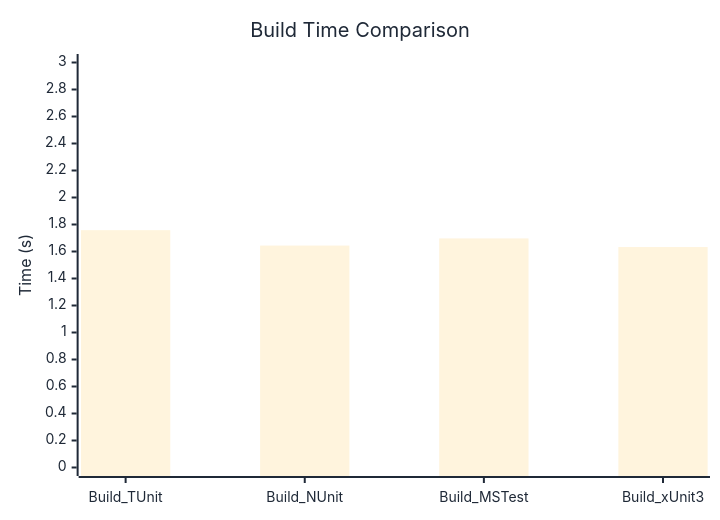
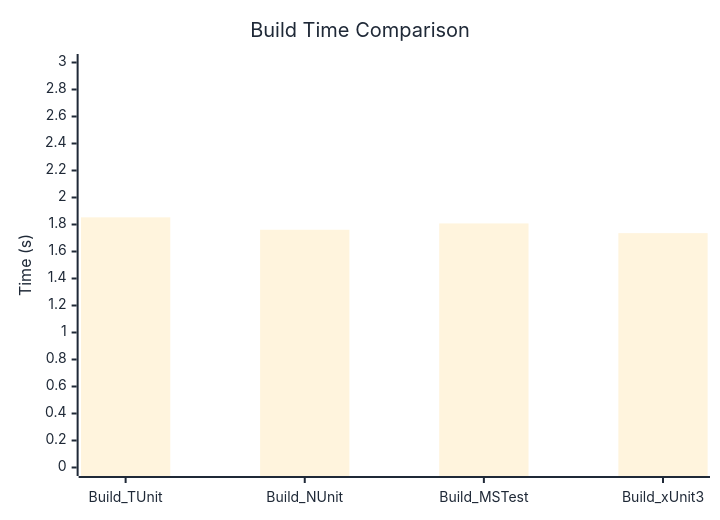
Before and after one commit to thomhurst/TUnit: the diagram in docs/docs/benchmarks/BuildTime.md, drawn with Mermaid. The commit also changed other lines of this file and 17 other files, not shown here.

````diff
--- a/docs/docs/benchmarks/BuildTime.md
+++ b/docs/docs/benchmarks/BuildTime.md
@@ -28,37 +28,37 @@
 ```mermaid
 %%{init: {
   'theme':'base',
   'themeVariables': {
     'primaryColor': '#2563eb',
     'primaryTextColor': '#1f2937',
     'primaryBorderColor': '#1e40af',
     'lineColor': '#6b7280',
     'secondaryColor': '#7c3aed',
     'tertiaryColor': '#dc2626',
     'background': '#ffffff',
     'mainBkg': '#2563eb',
     'secondBkg': '#7c3aed',
     'tertiaryBkg': '#dc2626',
     'clusterBkg': '#f3f4f6',
     'edgeLabelBackground': '#ffffff',
     'tertiaryTextColor': '#1f2937',
     'pie1': '#2563eb',
     'pie2': '#7c3aed',
     'pie3': '#dc2626',
     'pie4': '#f59e0b',
     'pie5': '#10b981',
     'pie6': '#06b6d4',
     'pie7': '#ec4899',
     'pie8': '#6366f1',
     'pie9': '#84cc16',
     'pie10': '#f97316',
     'pie11': '#14b8a6',
     'pie12': '#a855f7'
   }
 }}%%
 xychart-beta
   title "Build Time Comparison"
   x-axis ["Build_TUnit", "Build_NUnit", "Build_MSTest", "Build_xUnit3"]
   y-axis "Time (s)" 0 --> 3
-  bar [1.758, 1.644, 1.697, 1.633]
+  bar [1.853, 1.761, 1.808, 1.736]
 ```
````
